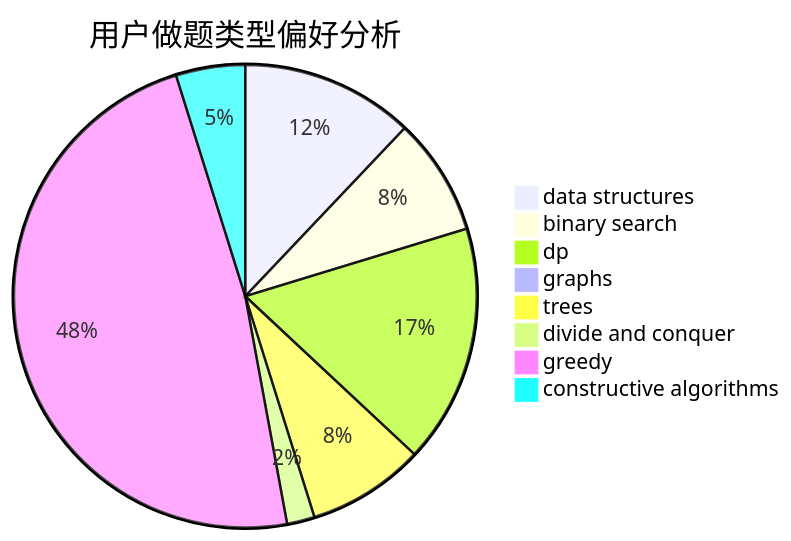
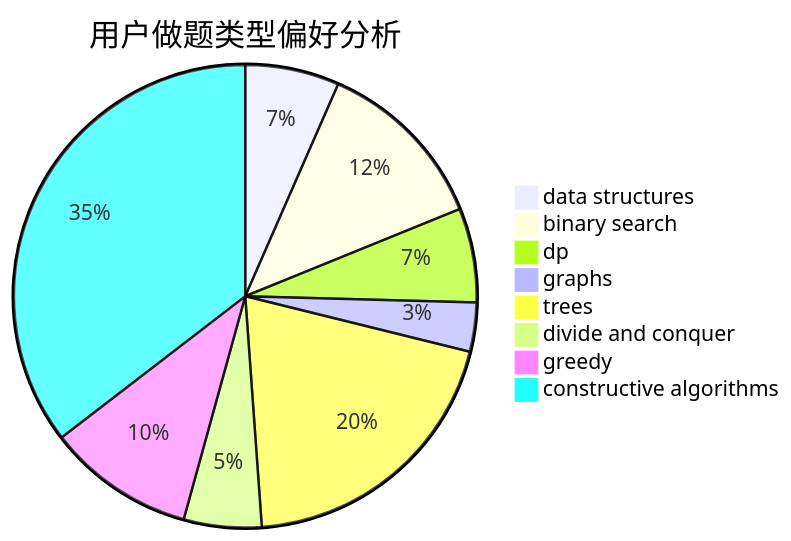
Before and after one commit to sherpahu/cfrs.github.io: the second of 3 diagrams in docs/user/u2340.md, drawn with Mermaid. The commit also changed other lines of this file and 2770 other files, not shown here.

````diff
--- a/docs/user/u2340.md
+++ b/docs/user/u2340.md
@@ -23,11 +23,11 @@
 ```mermaid
 pie title 用户做题类型偏好分析
-    "data structures" :  50
-    "binary search" :  34
-    "dp" :  69
-    "graphs" :  1
-    "trees" :  34
-    "divide and conquer" :  8
-    "greedy" :  199
-    "constructive algorithms" :  20
+    "data structures" :  23
+    "binary search" :  43
+    "dp" :  23
+    "graphs" :  12
+    "trees" :  70
+    "divide and conquer" :  19
+    "greedy" :  36
+    "constructive algorithms" :  124
 ```
````
